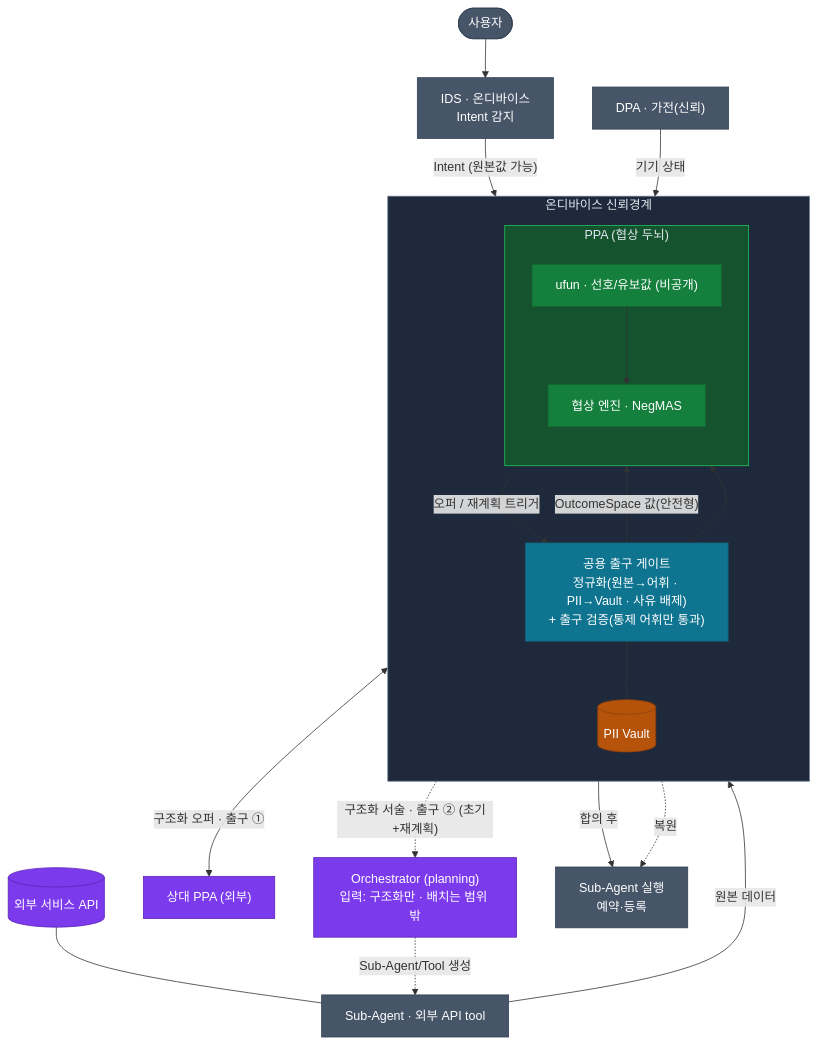
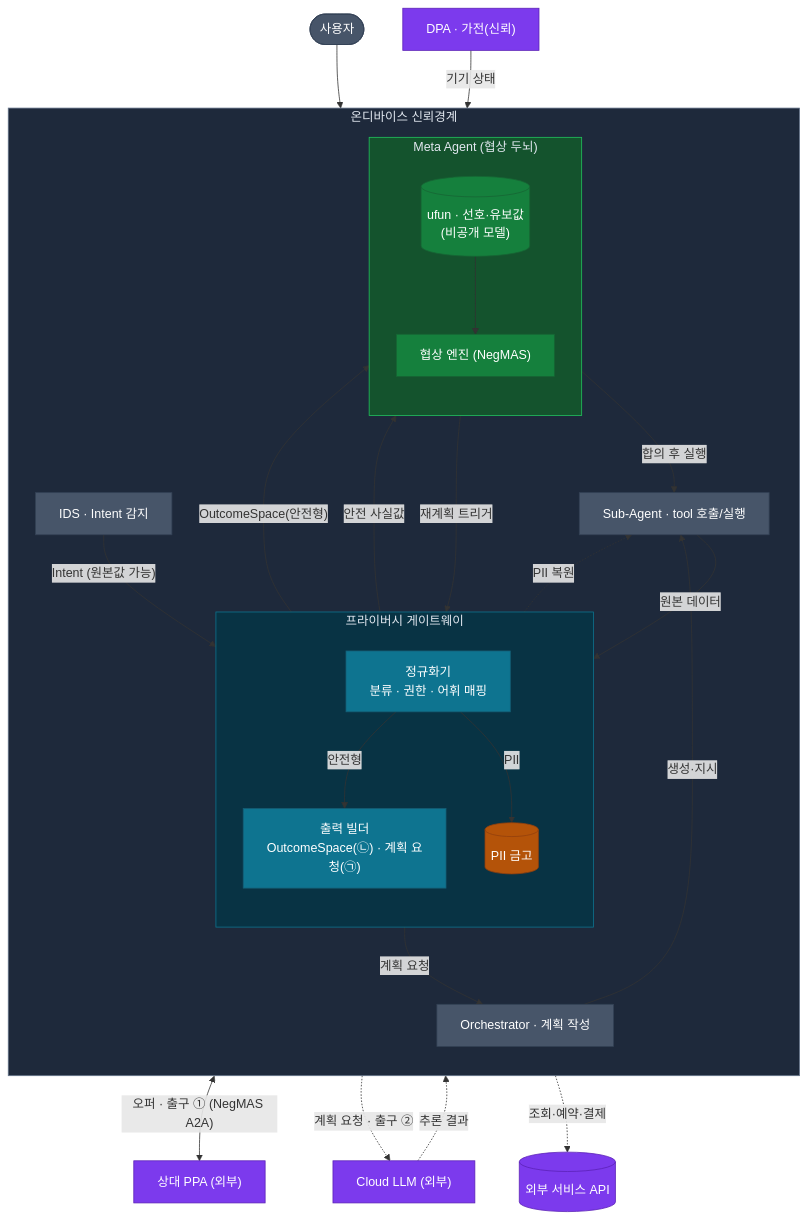
One commit to Sunwoo-Nam/architect-teamproject changed the diagram in poc/dp02-privacy/07-민감정보-처리-구조-설계.md. Above: the diagram before and after it, drawn with Mermaid. The commit also changed other lines of this file and 1 other file, not shown here.

Commit message:
docs(dp02-poc): 프라이버시 게이트웨이 구조 반영

````diff
--- a/poc/dp02-privacy/07-민감정보-처리-구조-설계.md
+++ b/poc/dp02-privacy/07-민감정보-처리-구조-설계.md
@@ -67,44 +80,56 @@
 ```mermaid
 flowchart TB
-  USER([사용자]) --> IDS["IDS · 온디바이스<br/>Intent 감지"]
+  USER([사용자])
 
   subgraph DEV["온디바이스 신뢰경계"]
     direction TB
-    GATE["공용 출구 게이트<br/>정규화(원본→어휘 · PII→Vault · 사유 배제)<br/>+ 출구 검증(통제 어휘만 통과)"]
-    VAULT[("PII Vault")]
-    subgraph PPA["PPA (협상 두뇌)"]
+    IDS["IDS · Intent 감지"]
+    subgraph PG["프라이버시 게이트웨이"]
       direction TB
-      UFUN["ufun · 선호/유보값 (비공개)"]
-      NEG["협상 엔진 · NegMAS"]
+      NORM["정규화기<br/>분류 · 권한 · 어휘 매핑"]
+      BUILD["출력 빌더<br/>OutcomeSpace(㉡) · 계획 요청(㉠)"]
+      VAULT[("PII 금고")]
+      NORM -->|안전형| BUILD
+      NORM -->|PII| VAULT
+    end
+    subgraph MAF["Meta Agent (협상 두뇌)"]
+      direction TB
+      UFUN[("ufun · 선호·유보값<br/>(비공개 모델)")]
+      NEG["협상 엔진 (NegMAS)"]
       UFUN --> NEG
     end
-    GATE -->|"OutcomeSpace 값(안전형)"| NEG
-    GATE --> UFUN
-    NEG -->|"오퍼 / 재계획 트리거"| GATE
-    GATE --- VAULT
+    ORCH["Orchestrator · 계획 작성"]
+    SUB["Sub-Agent · tool 호출/실행"]
+
+    IDS -->|"Intent (원본값 가능)"| NORM
+    NORM -->|"안전 사실값"| UFUN
+    BUILD -->|"OutcomeSpace(안전형)"| NEG
+    BUILD -->|"계획 요청"| ORCH
+    NEG -->|"재계획 트리거"| BUILD
+    ORCH -->|"생성·지시"| SUB
+    SUB -->|"원본 데이터"| NORM
+    NEG -->|"합의 후 실행"| SUB
+    VAULT -. "PII 복원" .-> SUB
   end
 
-  IDS -->|"Intent (원본값 가능)"| GATE
-  SUB["Sub-Agent · 외부 API tool"] -->|원본 데이터| GATE
-  DPA["DPA · 가전(신뢰)"] -->|기기 상태| GATE
-  EXT[(외부 서비스 API)] --- SUB
+  USER --> IDS
+  DPA["DPA · 가전(신뢰)"] -->|"기기 상태"| NORM
+  NEG <-->|"오퍼 · 출구 ① (NegMAS A2A)"| CP["상대 PPA (외부)"]
+  ORCH -. "계획 요청 · 출구 ②" .-> CLOUD["Cloud LLM (외부)"]
+  CLOUD -. "추론 결과" .-> ORCH
+  SUB -. "조회·예약·결제" .-> EXT[("외부 서비스 API")]
 
-  GATE <-->|"구조화 오퍼 · 출구 ①"| CP["상대 PPA (외부)"]
-  GATE -. "구조화 서술 · 출구 ② (초기+재계획)" .-> ORCH["Orchestrator (planning)<br/>입력: 구조화만 · 배치는 범위 밖"]
-  ORCH -. "Sub-Agent/Tool 생성" .-> SUB
-  GATE -->|합의 후| EXEC["Sub-Agent 실행<br/>예약·등록"]
-  VAULT -. 복원 .-> EXEC
-
-  classDef gate fill:#0e7490,stroke:#155e75,color:#ffffff
-  classDef ppa fill:#15803d,stroke:#166534,color:#ffffff
+  classDef pg fill:#0e7490,stroke:#155e75,color:#ffffff
   classDef vault fill:#b45309,stroke:#92400e,color:#ffffff
+  classDef maf fill:#15803d,stroke:#166534,color:#ffffff
   classDef ext fill:#7c3aed,stroke:#5b21b6,color:#ffffff
   classDef io fill:#475569,stroke:#334155,color:#ffffff
-  class GATE gate
-  class UFUN,NEG ppa
+  class NORM,BUILD pg
   class VAULT vault
-  class CP,ORCH,EXT ext
-  class USER,IDS,SUB,DPA,EXEC io
+  class UFUN,NEG maf
+  class ORCH,SUB,IDS,USER io
+  class CP,CLOUD,EXT,DPA ext
   style DEV fill:#1e293b,stroke:#64748b,color:#e2e8f0
-  style PPA fill:#14532d,stroke:#22c55e,color:#e2e8f0
+  style PG fill:#083344,stroke:#0e7490,color:#e2e8f0
+  style MAF fill:#14532d,stroke:#22c55e,color:#e2e8f0
 ```
````
